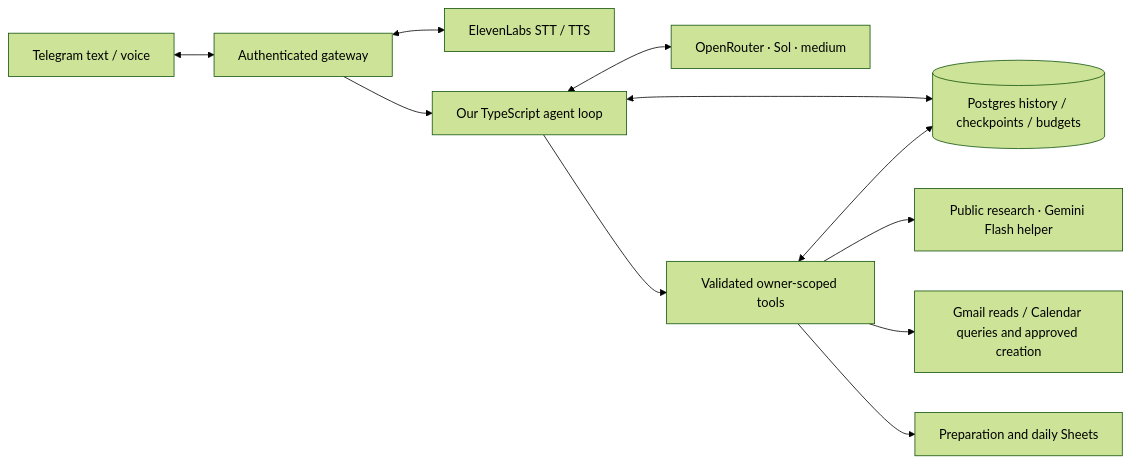
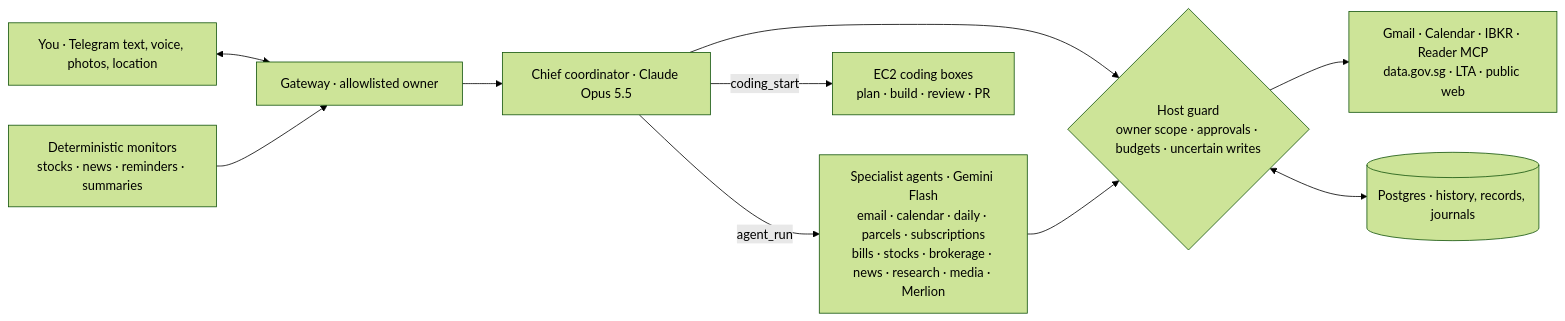
One commit to akhilvuputuri/chief-agent changed the diagram in README.md. Above: the diagram before and after it, drawn with Mermaid (forest theme). The commit also changed other lines of this file and 5 other files, not shown here.

````diff
--- a/README.md
+++ b/README.md
@@ -11,13 +78,11 @@
 ```mermaid
 flowchart LR
-  T[Telegram text / voice] <--> G[Authenticated gateway]
-  G <--> V[ElevenLabs STT / TTS]
-  G --> A[Our TypeScript agent loop]
-  A <--> M[OpenRouter · Sol · medium]
-  A --> D[Validated owner-scoped tools]
-  A <--> P[(Postgres history / checkpoints / budgets)]
-  D <--> P
-  D --> W[Public research · Gemini Flash helper]
-  D --> R[Gmail reads / Calendar queries and approved creation]
-  D --> S[Preparation and daily Sheets]
+  U[You · Telegram text, voice, photos, location] <--> G[Gateway · allowlisted owner]
+  G --> C[Chief coordinator · Claude Opus 5.5]
+  C -- agent_run --> A[Specialist agents · Gemini Flash<br/>email · calendar · daily · parcels · subscriptions<br/>bills · stocks · brokerage · news · research · media · Merlion]
+  C -- coding_start --> B[EC2 coding boxes<br/>plan · build · review · PR]
+  C & A --> H{Host guard<br/>owner scope · approvals · budgets · uncertain writes}
+  H --> I[Gmail · Calendar · IBKR · Reader MCP<br/>data.gov.sg · LTA · public web]
+  H <--> P[(Postgres · history, records, journals)]
+  M[Deterministic monitors<br/>stocks · news · reminders · summaries] --> G
 ```
````
